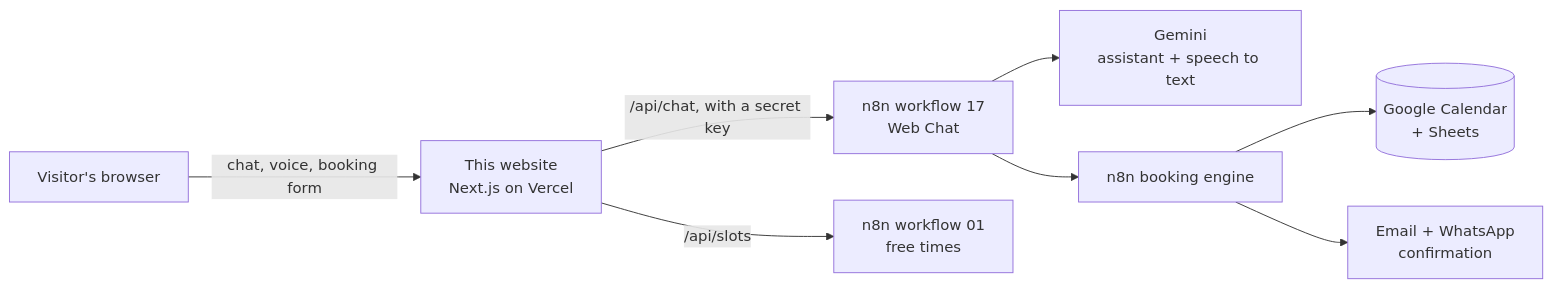
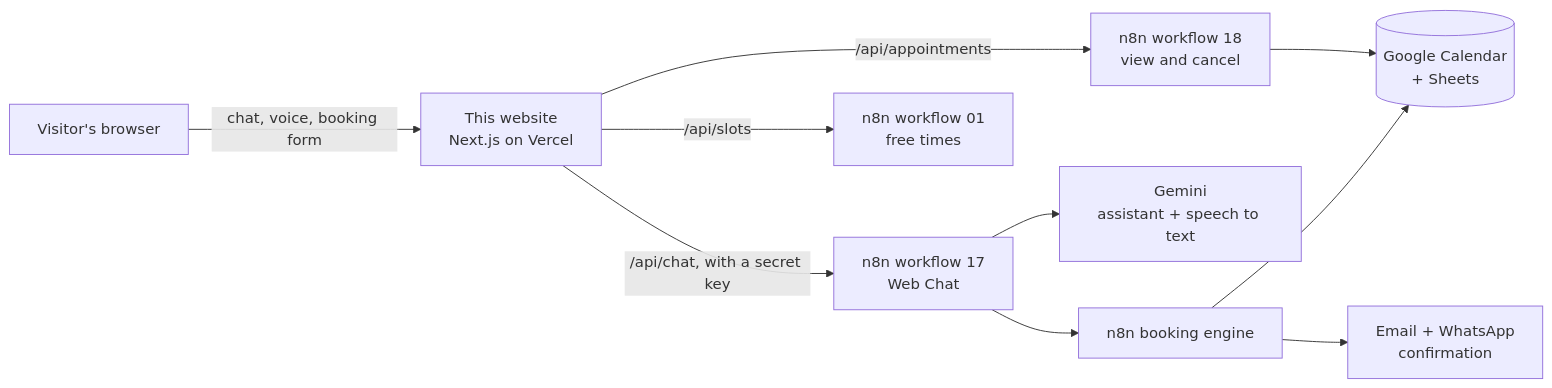
The diagram in README.md (mirxa-hamza/Dental-Flow-3d-and-Chatbot-Using-n8n), drawn with Mermaid before and after one commit. The commit also changed other lines of this file and 9 other files, not shown here.

````diff
--- a/README.md
+++ b/README.md
@@ -48,10 +51,12 @@
 ```mermaid
 flowchart LR
   V[Visitor's browser] -->|chat, voice, booking form| W[This website<br/>Next.js on Vercel]
   W -->|/api/chat, with a secret key| N[n8n workflow 17<br/>Web Chat]
   W -->|/api/slots| S[n8n workflow 01<br/>free times]
+  W -->|/api/appointments| A[n8n workflow 18<br/>view and cancel]
+  A --> C
   N --> G[Gemini<br/>assistant + speech to text]
   N --> B[n8n booking engine]
   B --> C[(Google Calendar<br/>+ Sheets)]
   B --> E[Email + WhatsApp<br/>confirmation]
 ```
````
